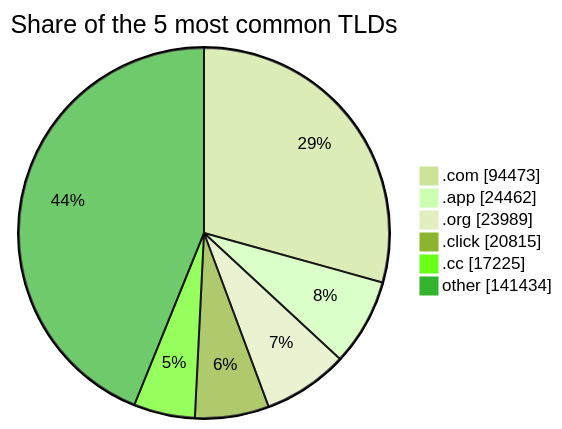
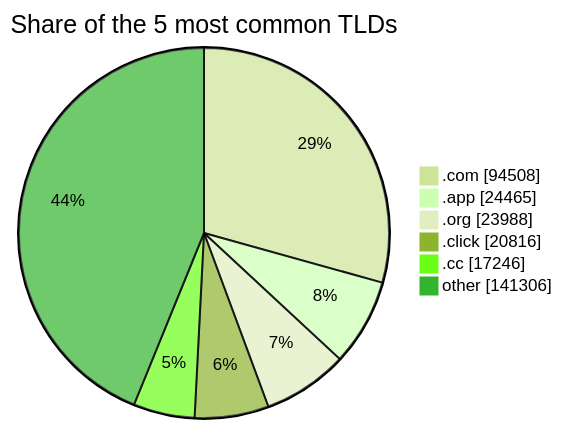
The third of 3 diagrams in README.md (DNSBunker/CTI), drawn with Mermaid (forest theme) before and after one commit. The commit also changed other lines of this file and 3 other files, not shown here.

````diff
--- a/README.md
+++ b/README.md
@@ -81,9 +81,9 @@
 ```mermaid
 pie showData title Share of the 5 most common TLDs
-    ".com" : 94473
-    ".app" : 24462
-    ".org" : 23989
-    ".click" : 20815
-    ".cc" : 17225
-    "other" : 141434
+    ".com" : 94508
+    ".app" : 24465
+    ".org" : 23988
+    ".click" : 20816
+    ".cc" : 17246
+    "other" : 141306
 ```
````
